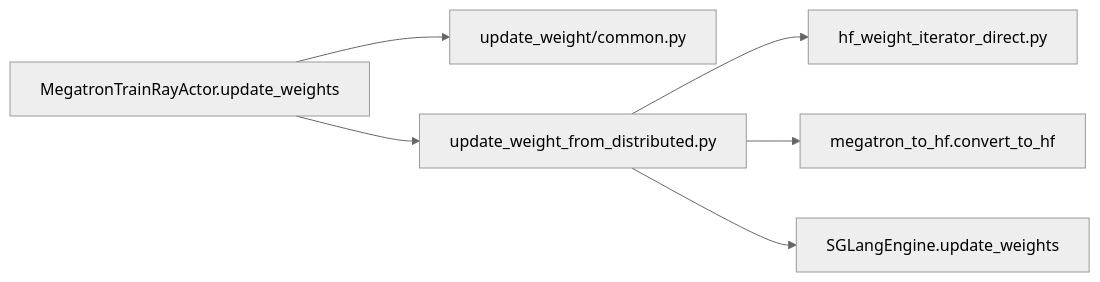
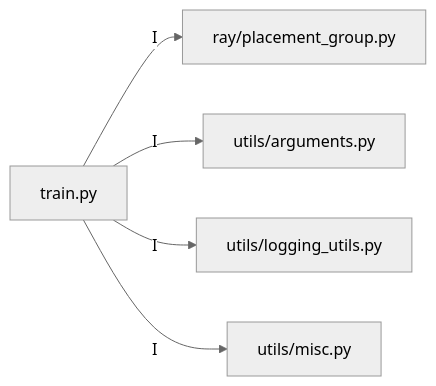
The first of 6 diagrams in slime_reading/导读与总览/Slime-模块依赖图.md (OnlyHero5/sglang-reading-vault), drawn with Mermaid (neutral theme) before and after one commit. The commit also changed other lines of this file and 512 other files, not shown here.

````diff
--- a/slime_reading/导读与总览/Slime-模块依赖图.md
+++ b/slime_reading/导读与总览/Slime-模块依赖图.md
@@ -129,15 +47,13 @@
 ```mermaid
 flowchart LR
-    actor["MegatronTrainRayActor.update_weights"]
-    common["update_weight/common.py"]
-    dist["update_weight_from_distributed.py"]
-    hf["hf_weight_iterator_direct.py"]
-    m2hf["megatron_to_hf.convert_to_hf"]
-    engine["SGLangEngine.update_weights"]
+    T["train.py"]
+    P["ray/placement_group.py"]
+    A["utils/arguments.py"]
+    L["utils/logging_utils.py"]
+    M["utils/misc.py"]
 
-    actor --> common
-    actor --> dist
-    dist --> hf
-    dist --> m2hf
-    dist --> engine
+    T -->|I| P
+    T -->|I| A
+    T -->|I| L
+    T -->|I| M
 ```
````
